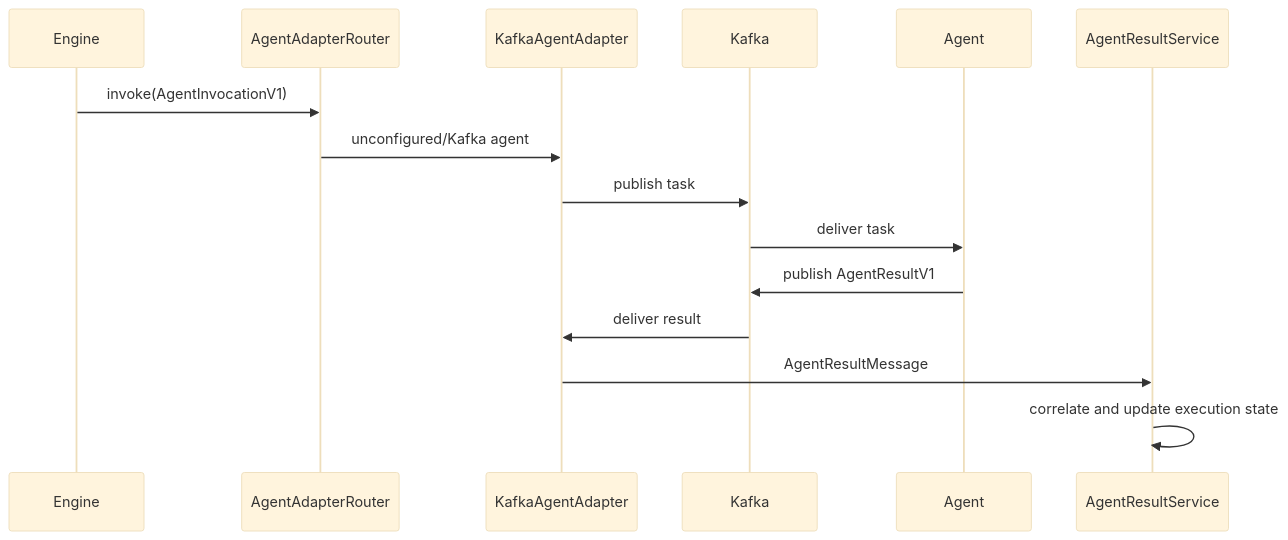
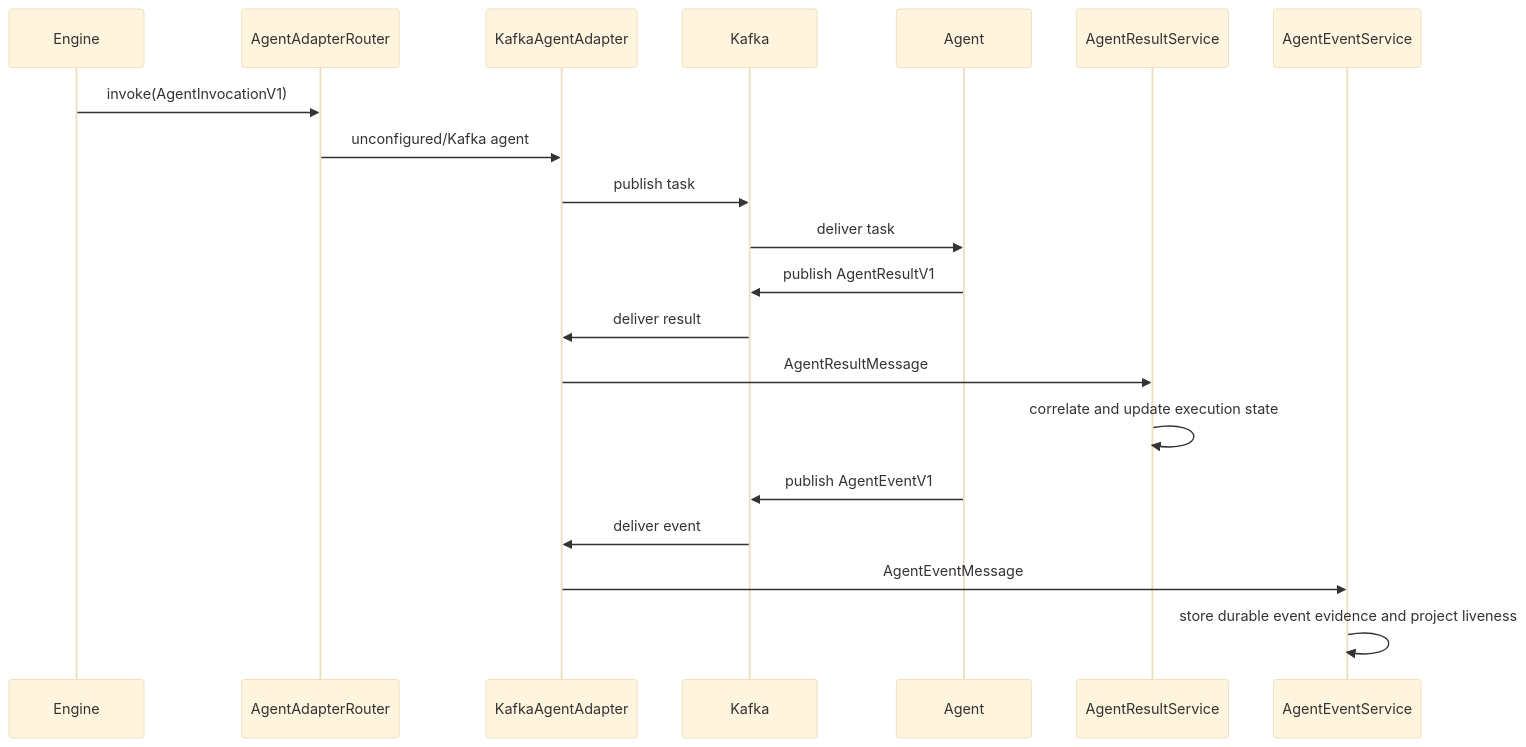
One commit to longhang2004/Tenvyr changed the diagram in docs/architecture/transports/adapter-model.md. Above: the diagram before and after it, drawn with Mermaid (base theme). The commit also changed other lines of this file and 9 other files, not shown here.

Commit message:
docs: update architecture, operations, and implementation status

````diff
--- a/docs/architecture/transports/adapter-model.md
+++ b/docs/architecture/transports/adapter-model.md
@@ -98,18 +115,23 @@
 ```mermaid
 sequenceDiagram
     participant Engine
     participant Adapter as AgentAdapterRouter
     participant KafkaAdapter as KafkaAgentAdapter
     participant Kafka
     participant Agent
     participant ResultProcessor as AgentResultService
+    participant EventProcessor as AgentEventService
 
     Engine->>Adapter: invoke(AgentInvocationV1)
     Adapter->>KafkaAdapter: unconfigured/Kafka agent
     KafkaAdapter->>Kafka: publish task
     Kafka->>Agent: deliver task
     Agent->>Kafka: publish AgentResultV1
     Kafka->>KafkaAdapter: deliver result
     KafkaAdapter->>ResultProcessor: AgentResultMessage
     ResultProcessor->>ResultProcessor: correlate and update execution state
+    Agent->>Kafka: publish AgentEventV1
+    Kafka->>KafkaAdapter: deliver event
+    KafkaAdapter->>EventProcessor: AgentEventMessage
+    EventProcessor->>EventProcessor: store durable event evidence and project liveness
 ```
````
